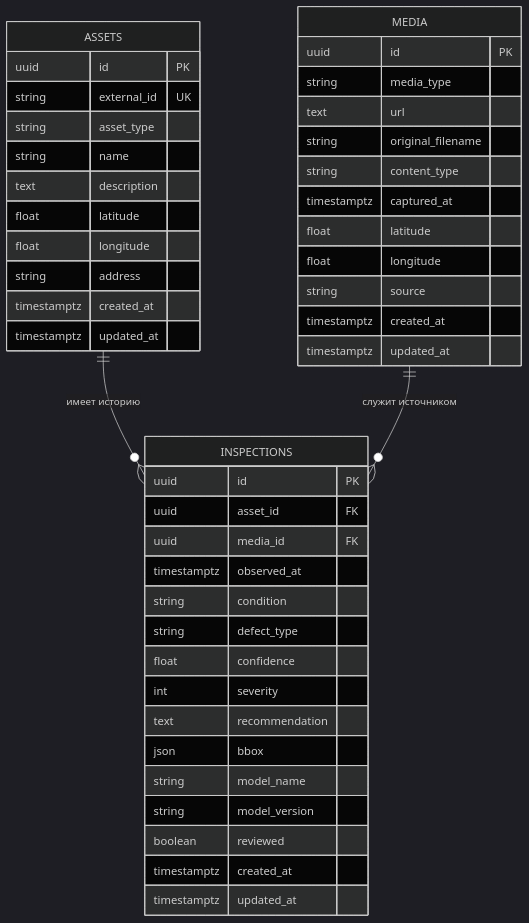
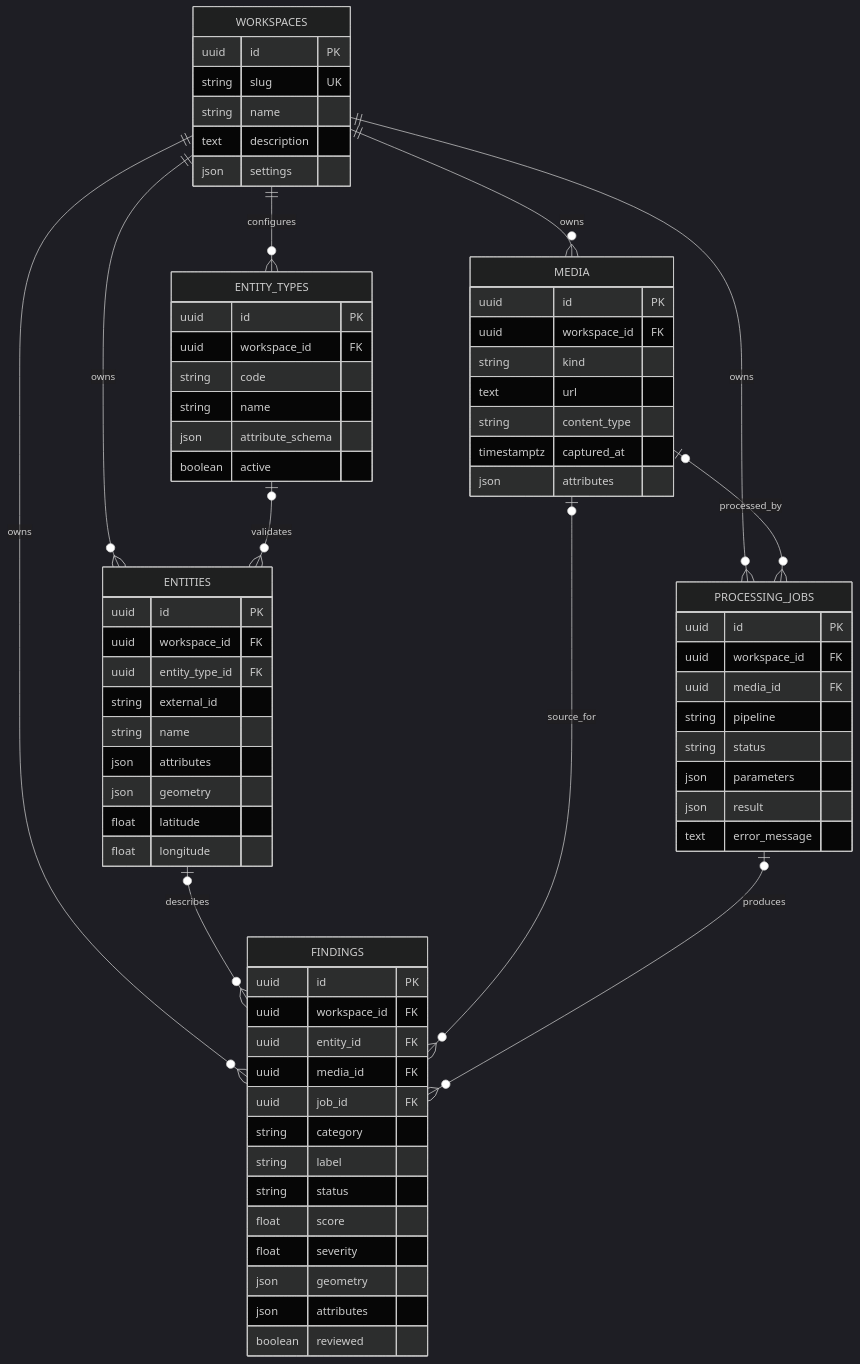
One commit to lastlofty/hackathon-kod-goroda changed the diagram in docs/database.md. Above: the diagram before and after it, drawn with Mermaid (dark theme). The commit also changed other lines of this file and 44 other files, not shown here.

````diff
--- a/docs/database.md
+++ b/docs/database.md
@@ -5,50 +5,79 @@
 ```mermaid
 erDiagram
-    ASSETS ||--o{ INSPECTIONS : "имеет историю"
-    MEDIA ||--o{ INSPECTIONS : "служит источником"
+    WORKSPACES ||--o{ ENTITY_TYPES : configures
+    WORKSPACES ||--o{ ENTITIES : owns
+    WORKSPACES ||--o{ MEDIA : owns
+    WORKSPACES ||--o{ PROCESSING_JOBS : owns
+    WORKSPACES ||--o{ FINDINGS : owns
+    ENTITY_TYPES o|--o{ ENTITIES : validates
+    MEDIA o|--o{ PROCESSING_JOBS : processed_by
+    ENTITIES o|--o{ FINDINGS : describes
+    MEDIA o|--o{ FINDINGS : source_for
+    PROCESSING_JOBS o|--o{ FINDINGS : produces
 
-    ASSETS {
+    WORKSPACES {
         uuid id PK
-        string external_id UK
-        string asset_type
+        string slug UK
         string name
         text description
+        json settings
+    }
+
+    ENTITY_TYPES {
+        uuid id PK
+        uuid workspace_id FK
+        string code
+        string name
+        json attribute_schema
+        boolean active
+    }
+
+    ENTITIES {
+        uuid id PK
+        uuid workspace_id FK
+        uuid entity_type_id FK
+        string external_id
+        string name
+        json attributes
+        json geometry
         float latitude
         float longitude
-        string address
-        timestamptz created_at
-        timestamptz updated_at
     }
 
     MEDIA {
         uuid id PK
-        string media_type
+        uuid workspace_id FK
+        string kind
         text url
-        string original_filename
         string content_type
         timestamptz captured_at
-        float latitude
-        float longitude
-        string source
-        timestamptz created_at
-        timestamptz updated_at
+        json attributes
     }
 
-    INSPECTIONS {
+    PROCESSING_JOBS {
         uuid id PK
-        uuid asset_id FK
+        uuid workspace_id FK
         uuid media_id FK
-        timestamptz observed_at
-        string condition
-        string defect_type
-        float confidence
-        int severity
-        text recommendation
-        json bbox
-        string model_name
-        string model_version
+        string pipeline
+        string status
+        json parameters
+        json result
+        text error_message
+    }
+
+    FINDINGS {
+        uuid id PK
+        uuid workspace_id FK
+        uuid entity_id FK
+        uuid media_id FK
+        uuid job_id FK
+        string category
+        string label
+        string status
+        float score
+        float severity
+        json geometry
+        json attributes
         boolean reviewed
-        timestamptz created_at
-        timestamptz updated_at
     }
 ```
````
